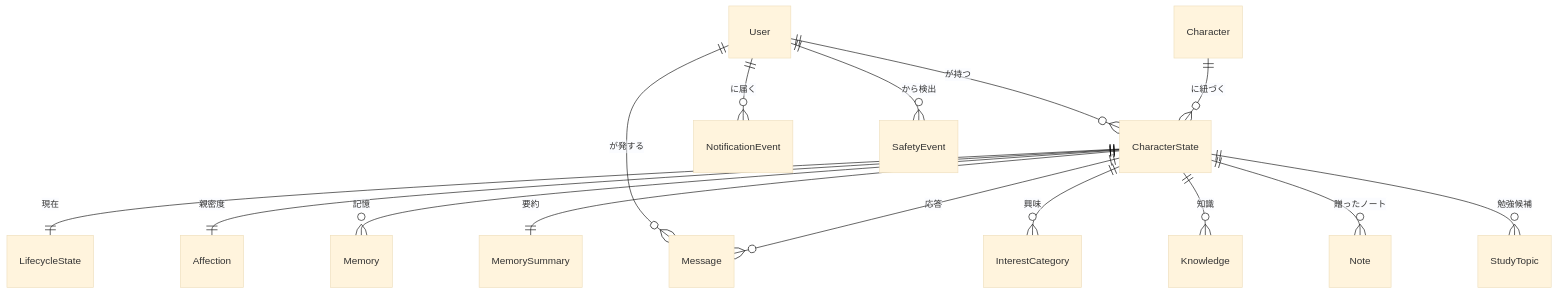
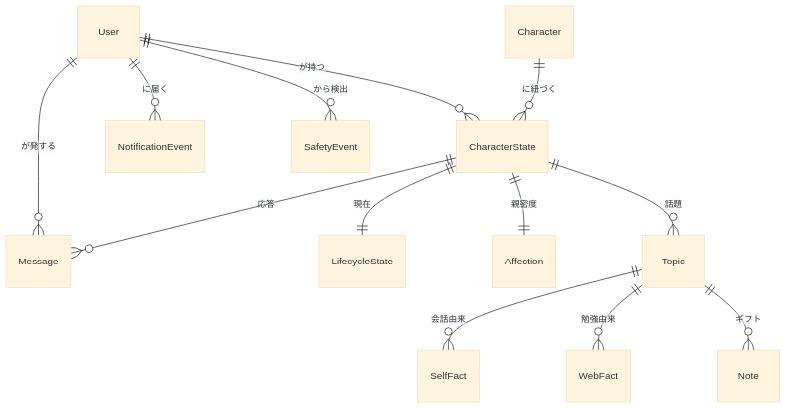
The second of 2 diagrams in docs/services/livetalk/external-design.md (nagiyu/nagiyu-platform), drawn with Mermaid (base theme) before and after one commit. The commit also changed other lines of this file and 7 other files, not shown here.

````diff
--- a/docs/services/livetalk/external-design.md
+++ b/docs/services/livetalk/external-design.md
@@ -184,17 +198,15 @@
 ```mermaid
 erDiagram
     User ||--o{ CharacterState : "が持つ"
     User ||--o{ Message : "が発する"
     User ||--o{ NotificationEvent : "に届く"
     User ||--o{ SafetyEvent : "から検出"
     Character ||--o{ CharacterState : "に紐づく"
     CharacterState ||--|| LifecycleState : "現在"
     CharacterState ||--|| Affection : "親密度"
-    CharacterState ||--o{ Memory : "記憶"
-    CharacterState ||--|| MemorySummary : "要約"
     CharacterState ||--o{ Message : "応答"
-    CharacterState ||--o{ InterestCategory : "興味"
-    CharacterState ||--o{ Knowledge : "知識"
-    CharacterState ||--o{ Note : "贈ったノート"
-    CharacterState ||--o{ StudyTopic : "勉強候補"
+    CharacterState ||--o{ Topic : "話題"
+    Topic ||--o{ SelfFact : "会話由来"
+    Topic ||--o{ WebFact : "勉強由来"
+    Topic ||--o{ Note : "ギフト"
 ```
````
